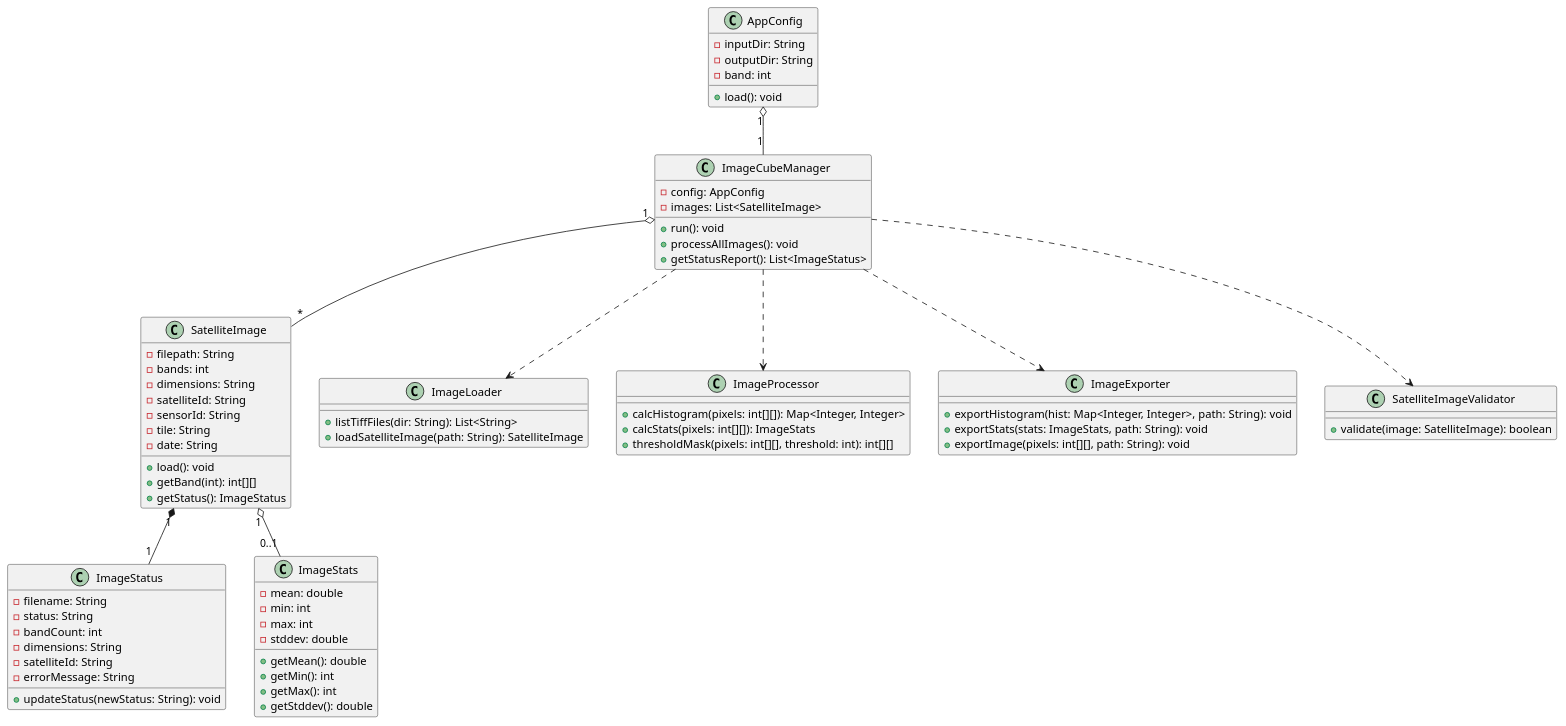
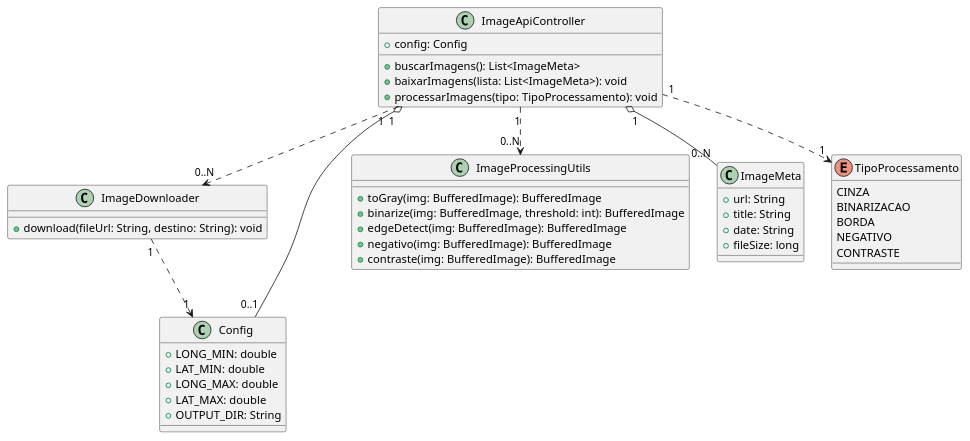
The diagram in trabalhos/src/main/java/SitsFramework/sits_framework_uml.puml (FuruyaSKR/POO2), drawn with PlantUML before and after one commit. The commit also changed 14 other files, not shown here.

```diff
--- a/trabalhos/src/main/java/SitsFramework/sits_framework_uml.puml
+++ b/trabalhos/src/main/java/SitsFramework/sits_framework_uml.puml
@@ -1,81 +1,53 @@
-@startuml SitsFramework
-class AppConfig {
-  -inputDir: String
-  -outputDir: String
-  -band: int
-  +load(): void
+@startuml SitsFrameworkController
+
+
+class ImageApiController {
+    +config: Config
+    +buscarImagens(): List<ImageMeta>
+    +baixarImagens(lista: List<ImageMeta>): void
+    +processarImagens(tipo: TipoProcessamento): void
 }
 
-class ImageCubeManager {
-  -config: AppConfig
-  -images: List<SatelliteImage>
-  +run(): void
-  +processAllImages(): void
-  +getStatusReport(): List<ImageStatus>
+class ImageDownloader {
+    +download(fileUrl: String, destino: String): void
 }
 
-class SatelliteImage {
-  -filepath: String
-  -bands: int
-  -dimensions: String
-  -satelliteId: String
-  -sensorId: String
-  -tile: String
-  -date: String
-  +load(): void
-  +getBand(int): int[][]
-  +getStatus(): ImageStatus
+class Config {
+    +LONG_MIN: double
+    +LAT_MIN: double
+    +LONG_MAX: double
+    +LAT_MAX: double
+    +OUTPUT_DIR: String
 }
 
-class ImageStatus {
-  -filename: String
-  -status: String
-  -bandCount: int
-  -dimensions: String
-  -satelliteId: String
-  -errorMessage: String
-  +updateStatus(newStatus: String): void
+class ImageProcessingUtils {
+    +toGray(img: BufferedImage): BufferedImage
+    +binarize(img: BufferedImage, threshold: int): BufferedImage
+    +edgeDetect(img: BufferedImage): BufferedImage
+    +negativo(img: BufferedImage): BufferedImage
+    +contraste(img: BufferedImage): BufferedImage
 }
 
-class ImageLoader {
-  +listTiffFiles(dir: String): List<String>
-  +loadSatelliteImage(path: String): SatelliteImage
+class ImageMeta {
+    +url: String
+    +title: String
+    +date: String
+    +fileSize: long
 }
 
-class ImageProcessor {
-  +calcHistogram(pixels: int[][]): Map<Integer, Integer>
-  +calcStats(pixels: int[][]): ImageStats
-  +thresholdMask(pixels: int[][], threshold: int): int[][]
+enum TipoProcessamento {
+    CINZA
+    BINARIZACAO
+    BORDA
+    NEGATIVO
+    CONTRASTE
 }
 
-class ImageExporter {
-  +exportHistogram(hist: Map<Integer, Integer>, path: String): void
-  +exportStats(stats: ImageStats, path: String): void
-  +exportImage(pixels: int[][], path: String): void
-}
-
-class SatelliteImageValidator {
-  +validate(image: SatelliteImage): boolean
-}
-
-class ImageStats {
-  -mean: double
-  -min: int
-  -max: int
-  -stddev: double
-  +getMean(): double
-  +getMin(): int
-  +getMax(): int
-  +getStddev(): double
-}
-
-AppConfig "1" o-- "1" ImageCubeManager
-ImageCubeManager "1" o-- "*" SatelliteImage
-SatelliteImage "1" *-- "1" ImageStatus
-SatelliteImage "1" o-- "0..1" ImageStats
-ImageCubeManager ..> ImageLoader
-ImageCubeManager ..> ImageProcessor
-ImageCubeManager ..> ImageExporter
-ImageCubeManager ..> SatelliteImageValidator
+ImageApiController "1" o-- "0..1" Config
+ImageApiController "1" o-- "0..N" ImageMeta
+ImageApiController "1" ..> "0..N" ImageDownloader
+ImageApiController "1" ..> "0..N" ImageProcessingUtils
+ImageApiController "1" ..> "1" TipoProcessamento
+ImageDownloader "1" ..> "1" Config
 
 @enduml
```
